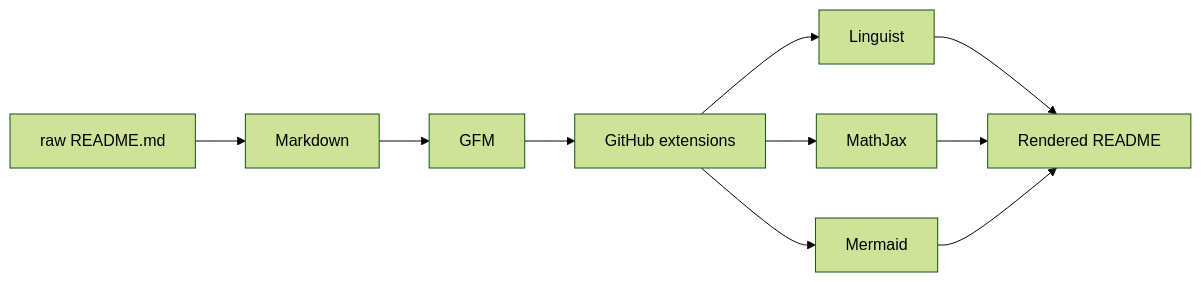
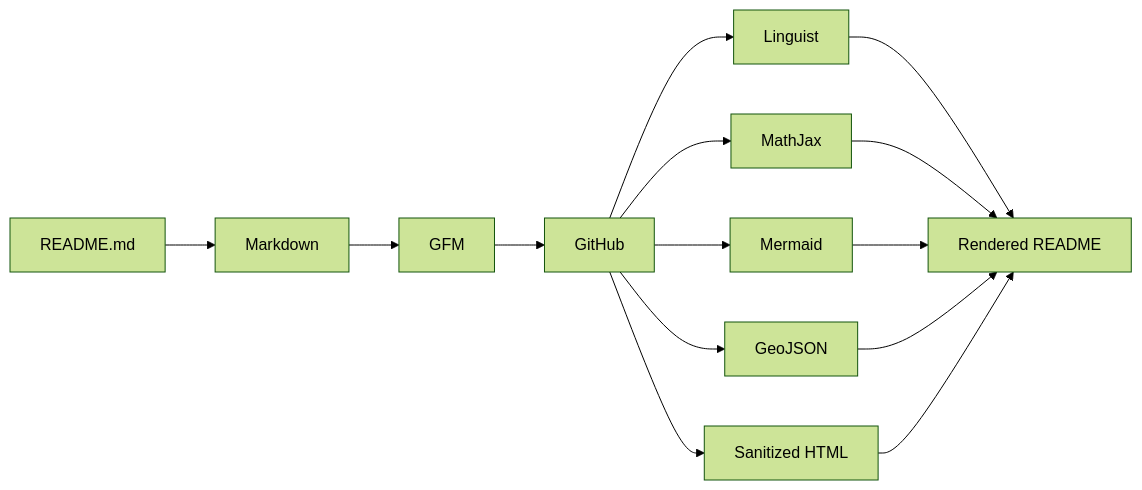
Before and after one commit to thiepn/markdown: the first of 16 diagrams in README.md, drawn with Mermaid (forest theme). The commit also changed other lines of this file, not shown here.

Commit message:
M10: build interactive GeoJSON showcase

````diff
--- a/README.md
+++ b/README.md
@@ -79,12 +81,16 @@
 ```mermaid
 flowchart LR
-    A[raw README.md] --> B[Markdown]
+    A[README.md] --> B[Markdown]
     B --> C[GFM]
-    C --> D[GitHub extensions]
+    C --> D[GitHub]
     D --> E[Linguist]
     D --> F[MathJax]
     D --> G[Mermaid]
-    E --> H[Rendered README]
-    F --> H
-    G --> H
+    D --> H[GeoJSON]
+    D --> I[Sanitized HTML]
+    E --> J[Rendered README]
+    F --> J
+    G --> J
+    H --> J
+    I --> J
 ```
````
